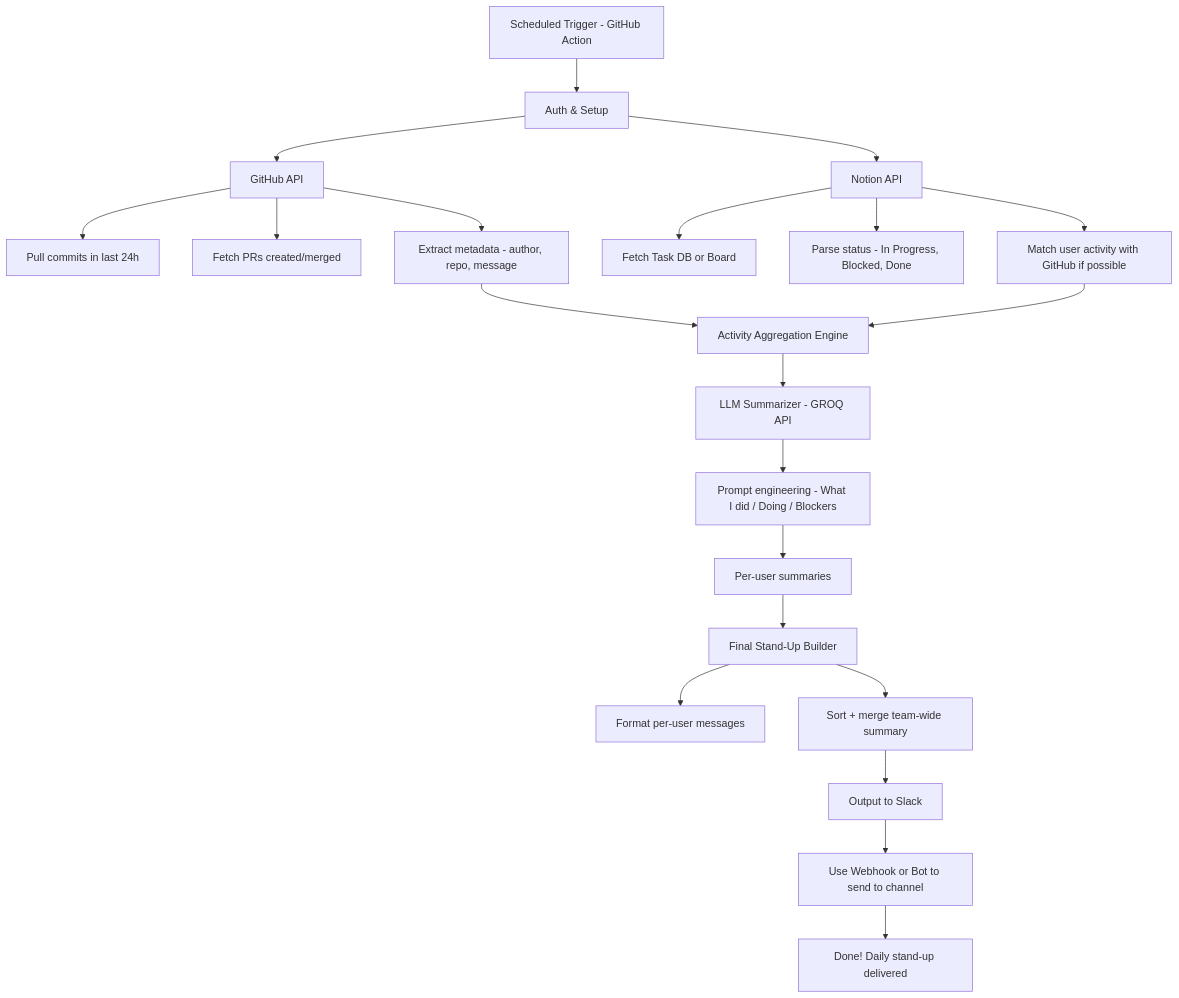
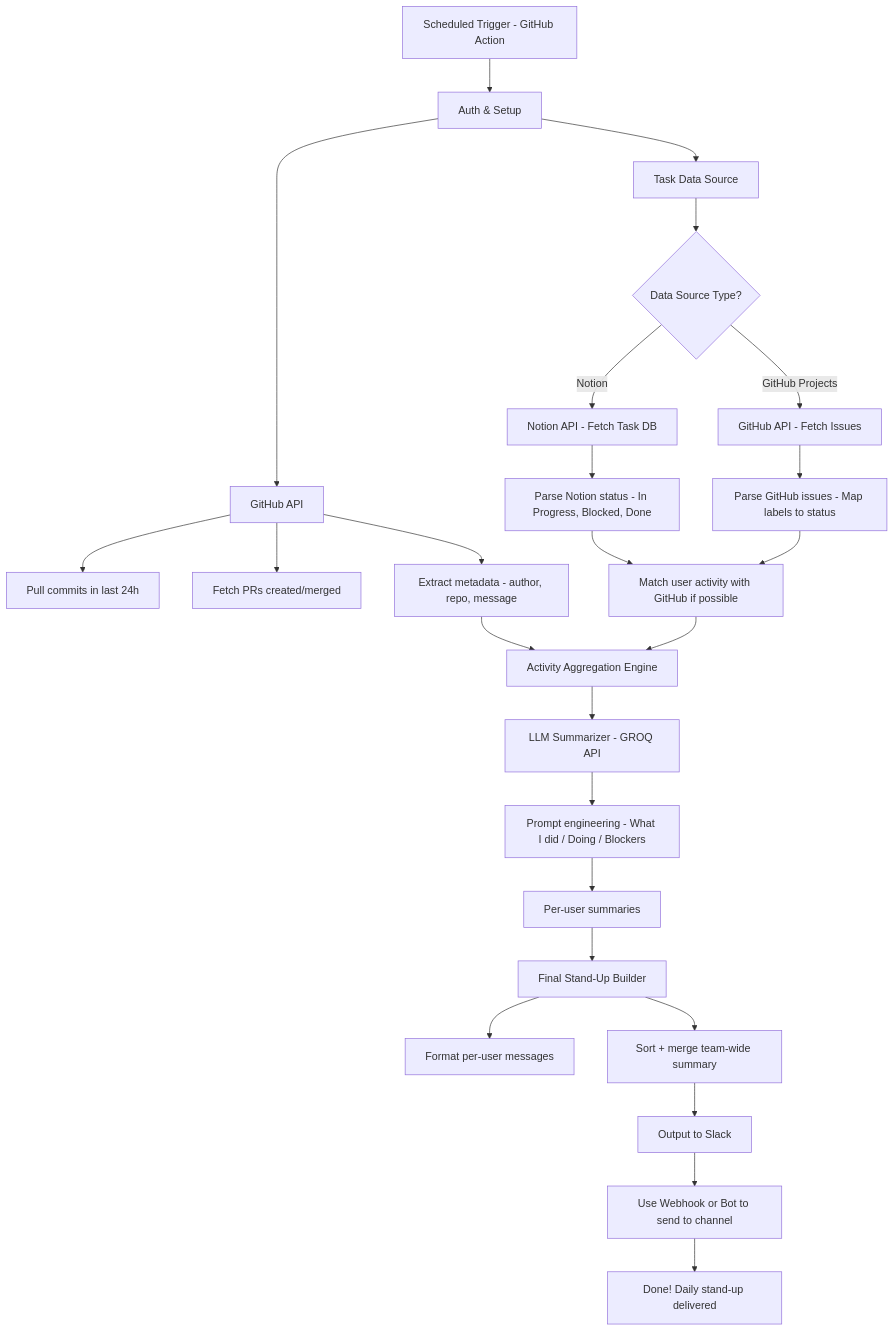
The diagram in README.md (emanalytic/AutoStand-UP-Agent), drawn with Mermaid before and after one commit. The commit also changed other lines of this file, not shown here.

Commit message:
Update documentation for GitHub Projects integration

````diff
--- a/README.md
+++ b/README.md
@@ -19,30 +19,34 @@
 ```mermaid
 flowchart TD
     A[Scheduled Trigger - GitHub Action] --> B[Auth & Setup]
     
     B --> C[GitHub API]
     C --> C1[Pull commits in last 24h]
     C --> C2[Fetch PRs created/merged]
     C --> C3[Extract metadata - author, repo, message]
 
-    B --> D[Notion  API]
-    D --> D1[Fetch Task DB or Board]
-    D --> D2[Parse status - In Progress, Blocked, Done]
-    D --> D3[Match user activity with GitHub if possible]
+    B --> D[Task Data Source]
+    D --> D1{Data Source Type?}
+    D1 -->|Notion| D2[Notion API - Fetch Task DB]
+    D1 -->|GitHub Projects| D3[GitHub API - Fetch Issues]
+    D2 --> D4[Parse Notion status - In Progress, Blocked, Done]
+    D3 --> D5[Parse GitHub issues - Map labels to status]
+    D4 --> D6[Match user activity with GitHub if possible]
+    D5 --> D6
 
     C3 --> E[Activity Aggregation Engine]
-    D3 --> E
+    D6 --> E
 
     E --> F[LLM Summarizer - GROQ API]
     F --> F1[Prompt engineering - What I did / Doing / Blockers]
     F1 --> G[Per-user summaries]
 
     G --> H[Final Stand-Up Builder]
     H --> H1[Format per-user messages]
     H --> H2[Sort + merge team-wide summary]
 
     H2 --> I[Output to Slack ]
     I --> I1[Use Webhook or Bot to send to channel]
 
     I1 --> Z[Done! Daily stand-up delivered]
 ```
````
